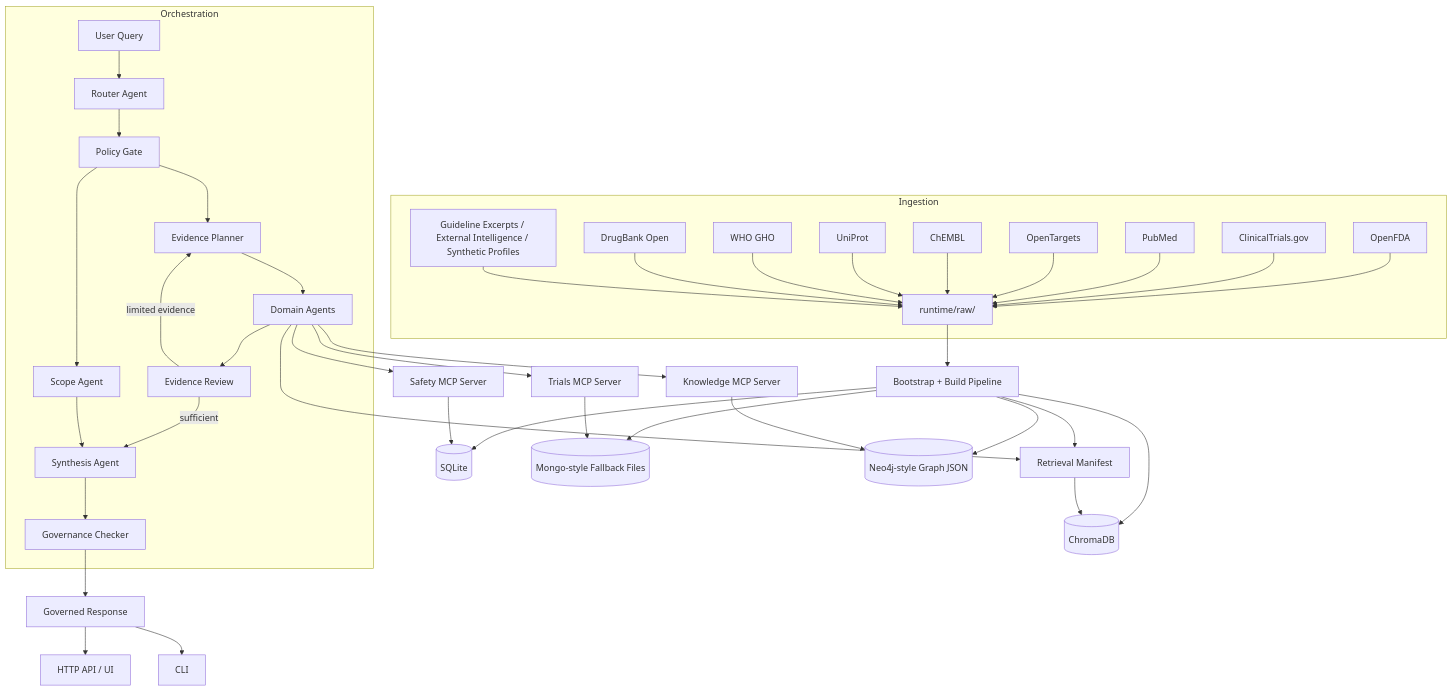
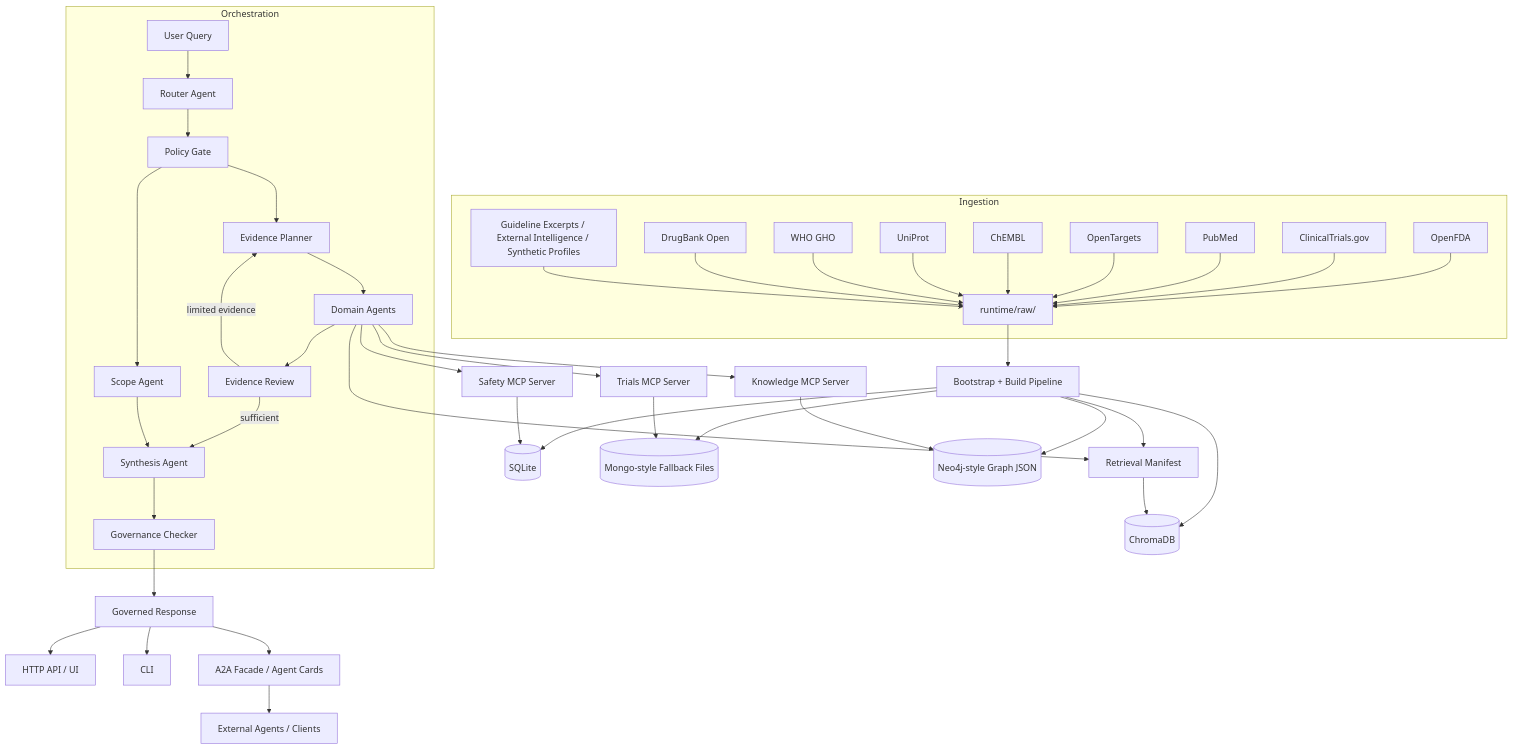
The diagram in README.md (uleso26/DEIA-26), drawn with Mermaid before and after one commit. The commit also changed other lines of this file and 83 other files, not shown here.

````diff
--- a/README.md
+++ b/README.md
@@ -21,48 +22,50 @@
 ```mermaid
 graph TD
     subgraph Ingestion
         S1[OpenFDA] --> RAW[runtime/raw/]
         S2[ClinicalTrials.gov] --> RAW
         S3[PubMed] --> RAW
         S4[OpenTargets] --> RAW
         S5[ChEMBL] --> RAW
         S6[UniProt] --> RAW
         S7[WHO GHO] --> RAW
         S8[DrugBank Open] --> RAW
         S9[Guideline Excerpts / External Intelligence / Synthetic Profiles] --> RAW
     end
 
     RAW --> BUILD[Bootstrap + Build Pipeline]
     BUILD --> SQLITE[(SQLite)]
     BUILD --> MONGOFILE[(Mongo-style Fallback Files)]
     BUILD --> NEO4JFILE[(Neo4j-style Graph JSON)]
     BUILD --> RETRIEVAL[Retrieval Manifest]
     BUILD --> CHROMA[(ChromaDB)]
 
     subgraph Orchestration
         QUERY[User Query] --> ROUTER[Router Agent]
         ROUTER --> POLICY[Policy Gate]
         POLICY --> PLANNER[Evidence Planner]
         POLICY --> SCOPE[Scope Agent]
         PLANNER --> AGENTS[Domain Agents]
         AGENTS --> REVIEW[Evidence Review]
         REVIEW -->|limited evidence| PLANNER
         REVIEW -->|sufficient| SYNTH[Synthesis Agent]
         SCOPE --> SYNTH
         SYNTH --> GOV[Governance Checker]
     end
 
     AGENTS --> MCP_S[Safety MCP Server]
     AGENTS --> MCP_T[Trials MCP Server]
     AGENTS --> MCP_K[Knowledge MCP Server]
 
     MCP_S --> SQLITE
     MCP_T --> MONGOFILE
     MCP_K --> NEO4JFILE
     AGENTS --> RETRIEVAL
     RETRIEVAL --> CHROMA
 
     GOV --> RESPONSE[Governed Response]
     RESPONSE --> HTTP[HTTP API / UI]
     RESPONSE --> CLI[CLI]
+    RESPONSE --> A2A[A2A Facade / Agent Cards]
+    A2A --> EXT[External Agents / Clients]
 ```
````
